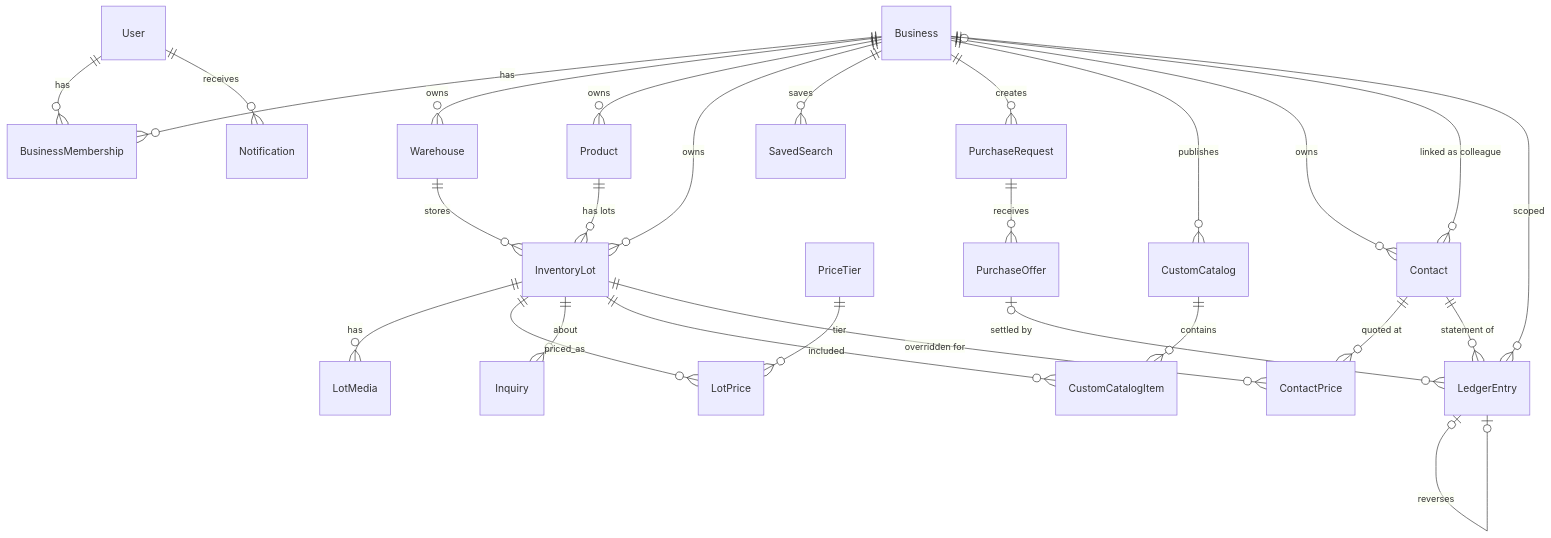
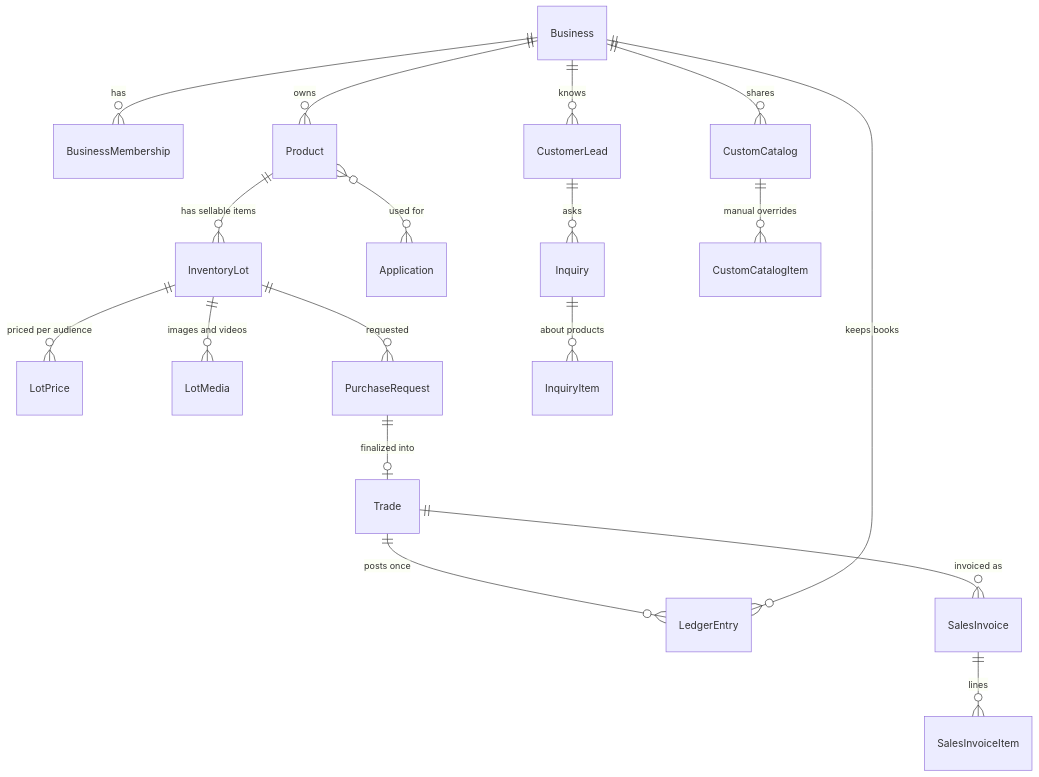
Before and after one commit to mohammad5115m/SANGA: the diagram in docs/data-model.md, drawn with Mermaid. The commit also changed other lines of this file and 12 other files, not shown here.

````diff
--- a/docs/data-model.md
+++ b/docs/data-model.md
@@ -17,29 +9,20 @@
 ```mermaid
 erDiagram
-  User ||--o{ BusinessMembership : has
-  Business ||--o{ BusinessMembership : has
-  Business ||--o{ Warehouse : owns
-  Business ||--o{ Product : owns
-  Business ||--o{ InventoryLot : owns
-  Product ||--o{ InventoryLot : "has lots"
-  Warehouse ||--o{ InventoryLot : stores
-  InventoryLot ||--o{ LotMedia : has
-  InventoryLot ||--o{ LotPrice : priced_as
-  PriceTier ||--o{ LotPrice : tier
-  Business ||--o{ SavedSearch : saves
-  InventoryLot ||--o{ Inquiry : about
-  Business ||--o{ PurchaseRequest : creates
-  PurchaseRequest ||--o{ PurchaseOffer : receives
-  PurchaseOffer |o--o{ LedgerEntry : "settled by"
-  Business ||--o{ CustomCatalog : publishes
-  CustomCatalog ||--o{ CustomCatalogItem : contains
-  InventoryLot ||--o{ CustomCatalogItem : included
-  User ||--o{ Notification : receives
-  Business ||--o{ Contact : owns
-  Business |o--o{ Contact : "linked as colleague"
-  Contact ||--o{ ContactPrice : "quoted at"
-  InventoryLot ||--o{ ContactPrice : "overridden for"
-  Business ||--o{ LedgerEntry : scoped
-  Contact ||--o{ LedgerEntry : "statement of"
-  LedgerEntry |o--o| LedgerEntry : reverses
+    Business ||--o{ BusinessMembership : "has"
+    Business ||--o{ Product : "owns"
+    Product  ||--o{ InventoryLot : "has sellable items"
+    Product  }o--o{ Application : "used for"
+    InventoryLot ||--o{ LotPrice : "priced per audience"
+    InventoryLot ||--o{ LotMedia : "images and videos"
+    InventoryLot ||--o{ PurchaseRequest : "requested"
+    PurchaseRequest ||--o| Trade : "finalized into"
+    Trade ||--o{ LedgerEntry : "posts once"
+    Trade ||--o{ SalesInvoice : "invoiced as"
+    SalesInvoice ||--o{ SalesInvoiceItem : "lines"
+    Business ||--o{ LedgerEntry : "keeps books"
+    Business ||--o{ CustomerLead : "knows"
+    CustomerLead ||--o{ Inquiry : "asks"
+    Inquiry ||--o{ InquiryItem : "about products"
+    Business ||--o{ CustomCatalog : "shares"
+    CustomCatalog ||--o{ CustomCatalogItem : "manual overrides"
 ```
````
